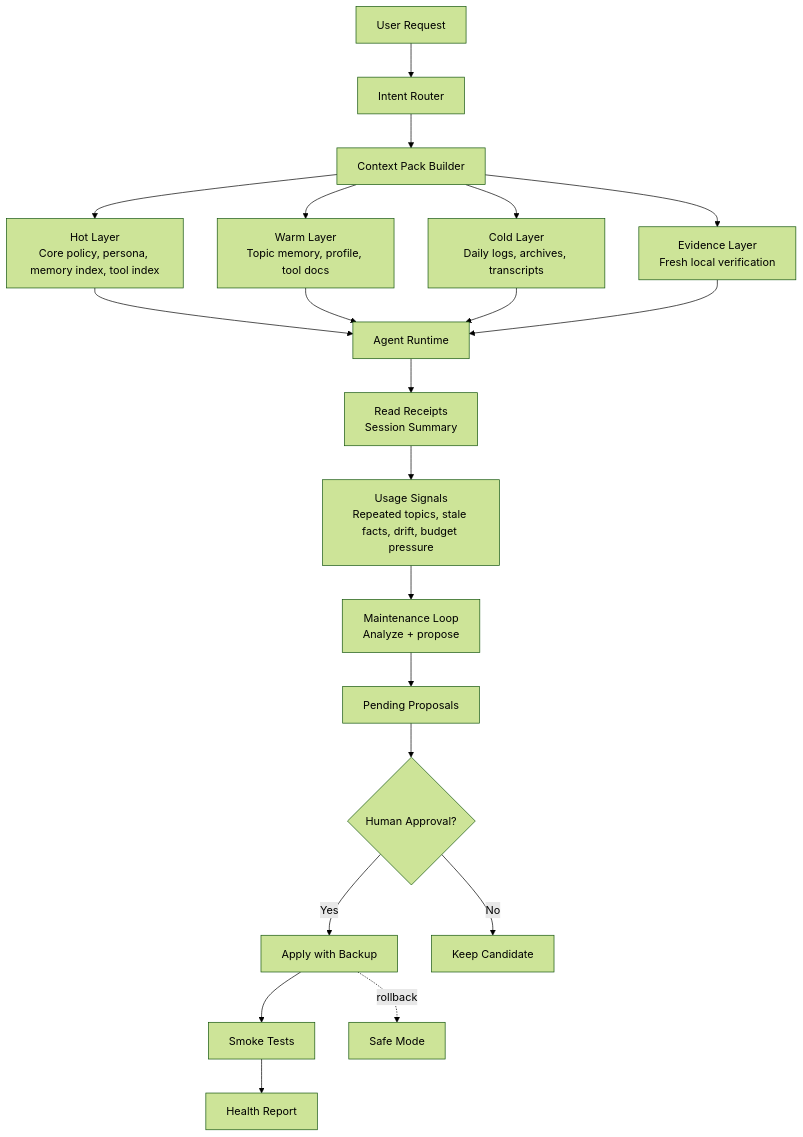
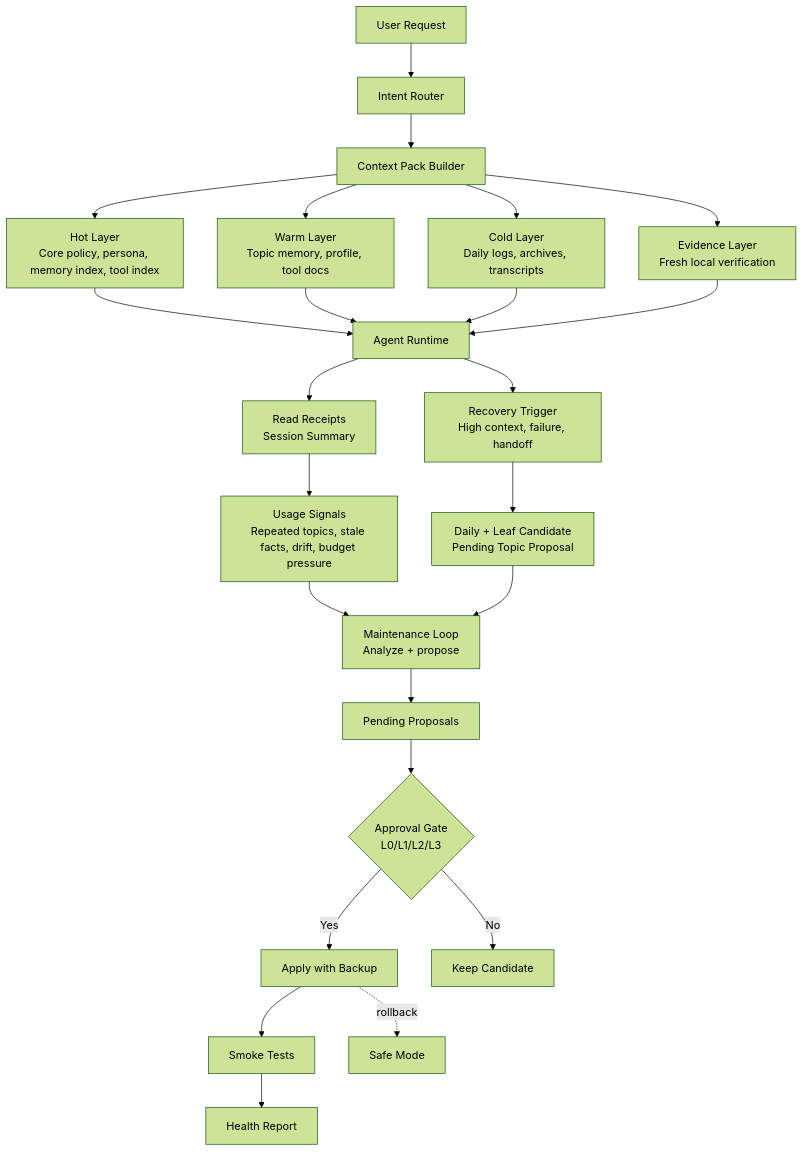
One commit to tianxiaochannel-oss88/agent-context-memory-framework changed the diagram in README.md. Above: the diagram before and after it, drawn with Mermaid (forest theme). The commit also changed other lines of this file and 15 other files, not shown here.

Commit message:
docs: add recovery and approval gates

````diff
--- a/README.md
+++ b/README.md
@@ -348,27 +385,30 @@
 ```mermaid
 flowchart TD
     A[User Request] --> B[Intent Router]
     B --> C[Context Pack Builder]
 
     C --> D[Hot Layer<br/>Core policy, persona, memory index, tool index]
     C --> E[Warm Layer<br/>Topic memory, profile, tool docs]
     C --> F[Cold Layer<br/>Daily logs, archives, transcripts]
     C --> G[Evidence Layer<br/>Fresh local verification]
 
     D --> H[Agent Runtime]
     E --> H
     F --> H
     G --> H
 
     H --> I[Read Receipts<br/>Session Summary]
     I --> J[Usage Signals<br/>Repeated topics, stale facts, drift, budget pressure]
     J --> K[Maintenance Loop<br/>Analyze + propose]
     K --> L[Pending Proposals]
-    L --> R{Human Approval?}
+    H --> S[Recovery Trigger<br/>High context, failure, handoff]
+    S --> T[Daily + Leaf Candidate<br/>Pending Topic Proposal]
+    T --> K
+    L --> R{Approval Gate<br/>L0/L1/L2/L3}
 
     R -->|Yes| M[Apply with Backup]
     R -->|No| N[Keep Candidate]
     M --> O[Smoke Tests]
     O --> P[Health Report]
     M -. rollback .-> Q[Safe Mode]
 ```
````
